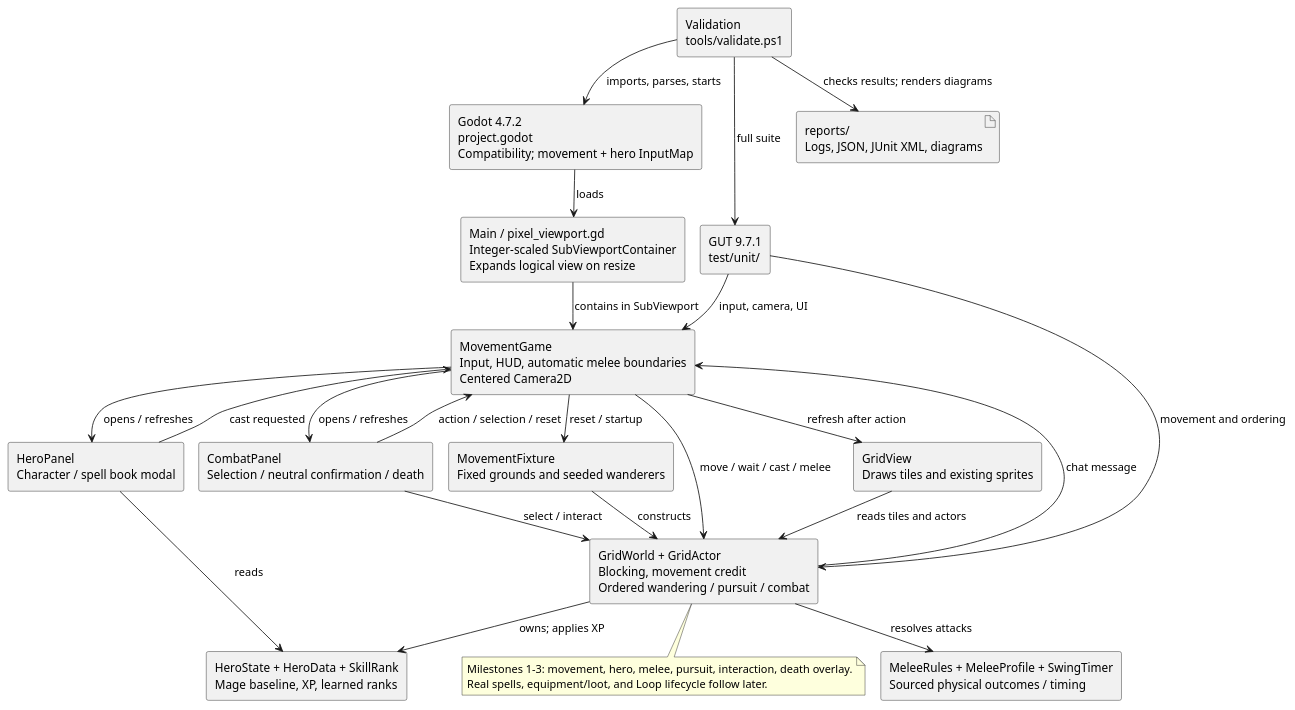
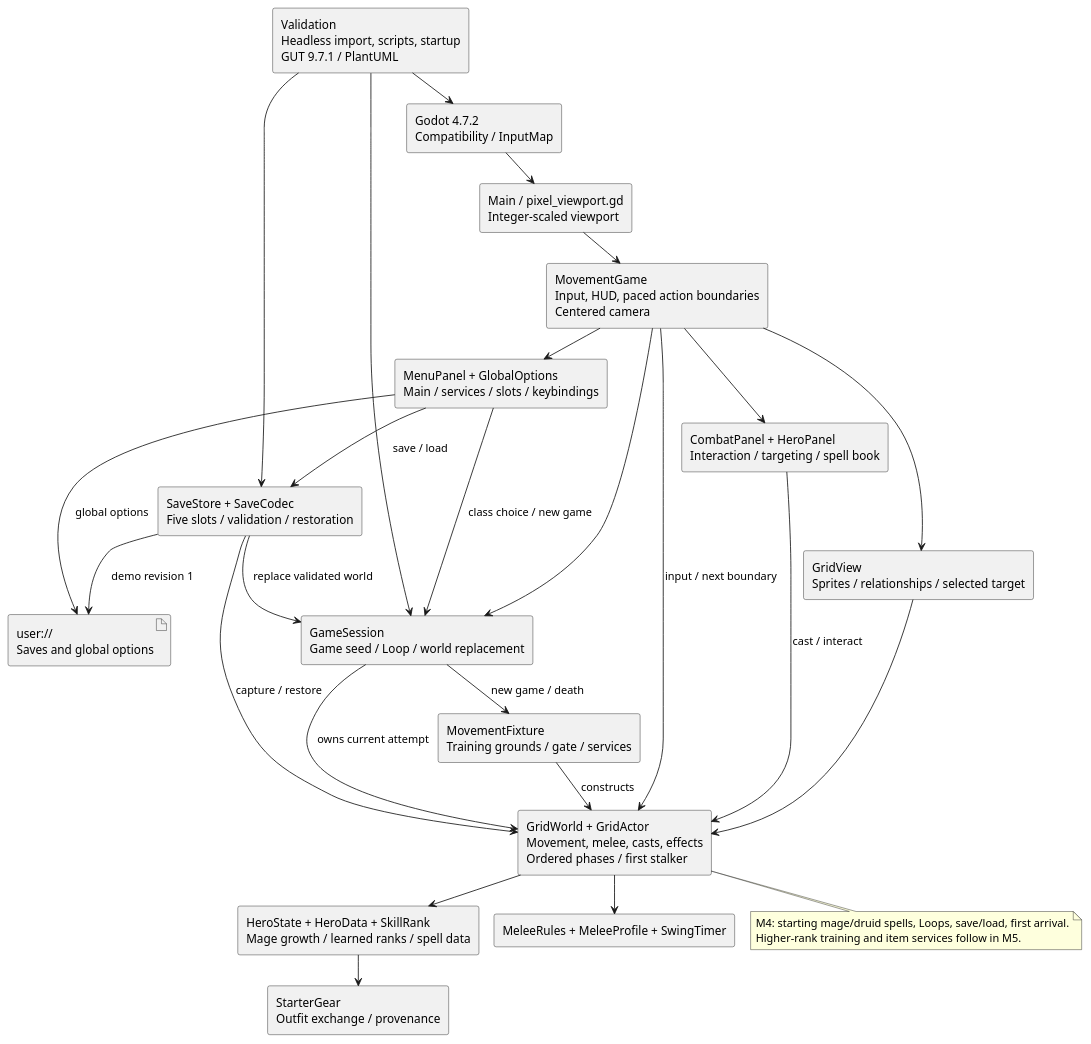
The diagram in docs/architecture/components.puml (VHonzik/Ostinato), drawn with PlantUML before and after one commit. The commit also changed 43 other files, not shown here.

First line of the commit message:
Implement milestone 4: persistent Loops, starting spells, and save slots (#4)

```diff
--- a/docs/architecture/components.puml
+++ b/docs/architecture/components.puml
@@ -1,48 +1,48 @@
 @startuml
 !pragma layout smetana
 skinparam componentStyle rectangle
 skinparam shadowing false
-skinparam nodesep 55
-skinparam ranksep 45
-
-component "Godot 4.7.2\nproject.godot\nCompatibility; movement + hero InputMap" as Godot
-component "Main / pixel_viewport.gd\nInteger-scaled SubViewportContainer\nExpands logical view on resize" as Main
-component "MovementGame\nInput, HUD, automatic melee boundaries\nCentered Camera2D" as Game
-component "GridView\nDraws tiles and existing sprites" as View
-component "GridWorld + GridActor\nBlocking, movement credit\nOrdered wandering / pursuit / combat" as World
-component "HeroState + HeroData + SkillRank\nMage baseline, XP, learned ranks" as Hero
-component "MeleeRules + MeleeProfile + SwingTimer\nSourced physical outcomes / timing" as Combat
-component "CombatPanel\nSelection / neutral confirmation / death" as CombatUI
-component "HeroPanel\nCharacter / spell book modal" as Panel
-component "MovementFixture\nFixed grounds and seeded wanderers" as Fixture
-component "GUT 9.7.1\ntest/unit/" as Tests
-component "Validation\ntools/validate.ps1" as Validation
-artifact "reports/\nLogs, JSON, JUnit XML, diagrams" as Reports
-
-Godot --> Main : loads
-Main --> Game : contains in SubViewport
-Game --> Fixture : reset / startup
+component "Godot 4.7.2\nCompatibility / InputMap" as Godot
+component "Main / pixel_viewport.gd\nInteger-scaled viewport" as Main
+component "MovementGame\nInput, HUD, paced action boundaries\nCentered camera" as Game
+component "GameSession\nGame seed / Loop / world replacement" as Session
+component "GridWorld + GridActor\nMovement, melee, casts, effects\nOrdered phases / first stalker" as World
+component "MovementFixture\nTraining grounds / gate / services" as Fixture
+component "HeroState + HeroData + SkillRank\nMage growth / learned ranks / spell data" as Hero
+component "StarterGear\nOutfit exchange / provenance" as Gear
+component "MeleeRules + MeleeProfile + SwingTimer" as Combat
+component "CombatPanel + HeroPanel\nInteraction / targeting / spell book" as Panels
+component "MenuPanel + GlobalOptions\nMain / services / slots / keybindings" as Menu
+component "SaveStore + SaveCodec\nFive slots / validation / restoration" as Saves
+component "GridView\nSprites / relationships / selected target" as View
+component "Validation\nHeadless import, scripts, startup\nGUT 9.7.1 / PlantUML" as Tests
+artifact "user://\nSaves and global options" as Files
+Godot --> Main
+Main --> Game
+Game --> Session
+Session --> Fixture : new game / death
 Fixture --> World : constructs
-Game --> World : move / wait / cast / melee
-World --> Combat : resolves attacks
-Game --> CombatUI : opens / refreshes
-CombatUI --> World : select / interact
-CombatUI --> Game : action / selection / reset
-World --> Hero : owns; applies XP
-Game --> Panel : opens / refreshes
-Panel --> Game : cast requested
-Panel --> Hero : reads
-World --> Game : chat message
-Game --> View : refresh after action
-View --> World : reads tiles and actors
-Validation --> Godot : imports, parses, starts
-Validation --> Tests : full suite
-Tests --> Game : input, camera, UI
-Tests --> World : movement and ordering
-Validation --> Reports : checks results; renders diagrams
-
+Session --> World : owns current attempt
+Game --> World : input / next boundary
+World --> Hero
+Hero --> Gear
+World --> Combat
+Game --> Panels
+Panels --> World : cast / interact
+Game --> Menu
+Menu --> Session : class choice / new game
+Menu --> Saves : save / load
+Saves --> Session : replace validated world
+Saves --> World : capture / restore
+Menu --> Files : global options
+Saves --> Files : demo revision 1
+Game --> View
+View --> World
+Tests --> Godot
+Tests --> Session
+Tests --> Saves
 note bottom of World
-Milestones 1–3: movement, hero, melee, pursuit, interaction, death overlay.
-Real spells, equipment/loot, and Loop lifecycle follow later.
+M4: starting mage/druid spells, Loops, save/load, first arrival.
+Higher-rank training and item services follow in M5.
 end note
 @enduml
```
